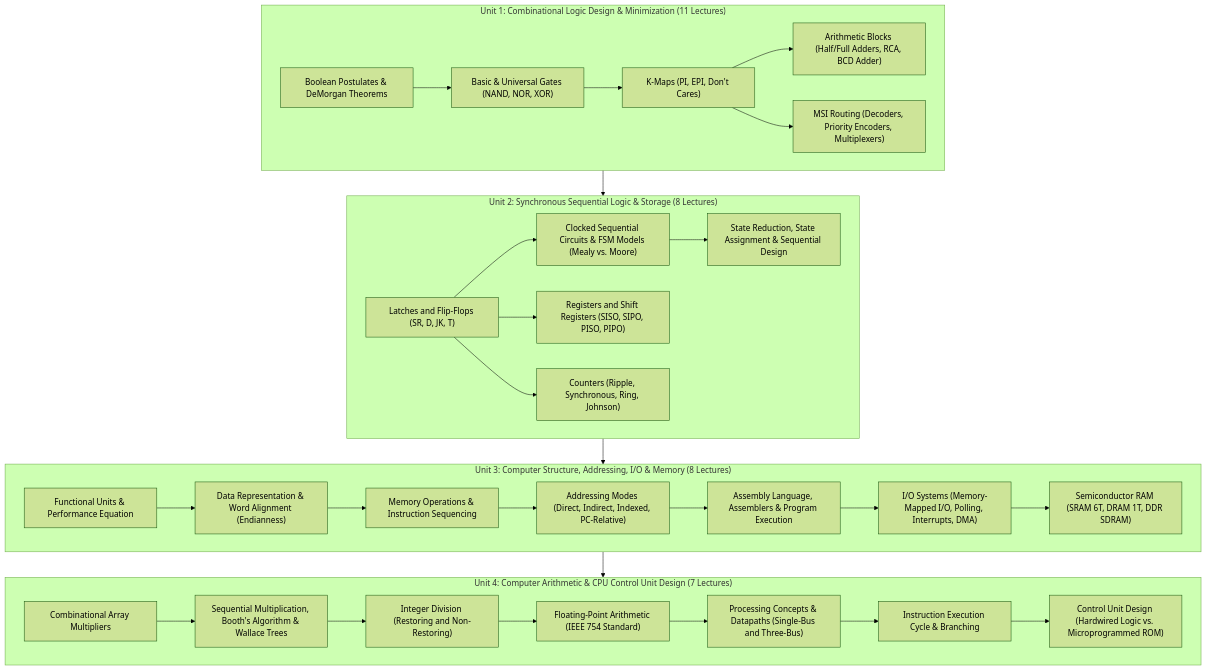
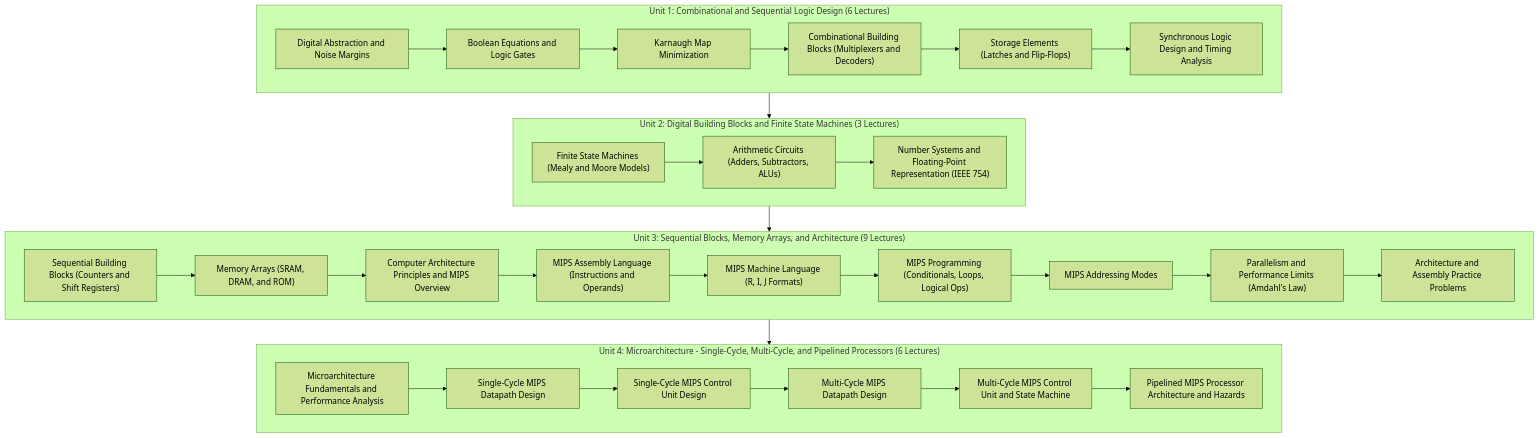
One commit to YatishGowda09/Sem-3-CSE-Notes changed the diagram in DLCD/INDEX.md. Above: the diagram before and after it, drawn with Mermaid (forest theme). The commit also changed other lines of this file and 64 other files, not shown here.

Commit message:
feat(dlcd): align DLCD curriculum strictly to UE25CS251A (SEM3-PESU) Harris & Harris MIPS architecture (24 lectures)

````diff
--- a/DLCD/INDEX.md
+++ b/DLCD/INDEX.md
@@ -18,45 +16,44 @@
 ```mermaid
 flowchart TD
-    subgraph U1["Unit 1: Combinational Logic Design & Minimization (11 Lectures)"]
-        GATES["Basic & Universal Gates (NAND, NOR, XOR)"]
-        BOOL["Boolean Postulates & DeMorgan Theorems"]
-        KMAP["K-Maps (PI, EPI, Don't Cares)"]
-        ARITH1["Arithmetic Blocks (Half/Full Adders, RCA, BCD Adder)"]
-        MSI1["MSI Routing (Decoders, Priority Encoders, Multiplexers)"]
-        BOOL --> GATES --> KMAP --> ARITH1 & MSI1
+    subgraph U1["Unit 1: Combinational and Sequential Logic Design (6 Lectures)"]
+        ABS["Digital Abstraction and Noise Margins"]
+        EQN["Boolean Equations and Logic Gates"]
+        KMAP["Karnaugh Map Minimization"]
+        MSI["Combinational Building Blocks (Multiplexers and Decoders)"]
+        LATCH["Storage Elements (Latches and Flip-Flops)"]
+        SYNC["Synchronous Logic Design and Timing Analysis"]
+        ABS --> EQN --> KMAP --> MSI --> LATCH --> SYNC
     end
 
-    subgraph U2["Unit 2: Synchronous Sequential Logic & Storage (8 Lectures)"]
-        LATCH["Latches and Flip-Flops (SR, D, JK, T)"]
-        FSM["Clocked Sequential Circuits & FSM Models (Mealy vs. Moore)"]
-        REDUCE["State Reduction, State Assignment & Sequential Design"]
-        REG["Registers and Shift Registers (SISO, SIPO, PISO, PIPO)"]
-        COUNT["Counters (Ripple, Synchronous, Ring, Johnson)"]
-        LATCH --> FSM --> REDUCE
-        LATCH --> REG & COUNT
+    subgraph U2["Unit 2: Digital Building Blocks and Finite State Machines (3 Lectures)"]
+        FSM["Finite State Machines (Mealy and Moore Models)"]
+        ARITH["Arithmetic Circuits (Adders, Subtractors, ALUs)"]
+        NUM["Number Systems and Floating-Point Representation (IEEE 754)"]
+        FSM --> ARITH --> NUM
     end
 
-    subgraph U3["Unit 3: Computer Structure, Addressing, I/O & Memory (8 Lectures)"]
-        VON["Functional Units & Performance Equation"]
-        DATA["Data Representation & Word Alignment (Endianness)"]
-        SEQ["Memory Operations & Instruction Sequencing"]
-        ADDR["Addressing Modes (Direct, Indirect, Indexed, PC-Relative)"]
-        ASM["Assembly Language, Assemblers & Program Execution"]
-        IO["I/O Systems (Memory-Mapped I/O, Polling, Interrupts, DMA)"]
-        RAM["Semiconductor RAM (SRAM 6T, DRAM 1T, DDR SDRAM)"]
-        VON --> DATA --> SEQ --> ADDR --> ASM --> IO --> RAM
+    subgraph U3["Unit 3: Sequential Blocks, Memory Arrays, and Architecture (9 Lectures)"]
+        SEQ["Sequential Building Blocks (Counters and Shift Registers)"]
+        MEM["Memory Arrays (SRAM, DRAM, and ROM)"]
+        ARCH["Computer Architecture Principles and MIPS Overview"]
+        ASM["MIPS Assembly Language (Instructions and Operands)"]
+        MACH["MIPS Machine Language (R, I, J Formats)"]
+        PROG["MIPS Programming (Conditionals, Loops, Logical Ops)"]
+        ADDR["MIPS Addressing Modes"]
+        PAR["Parallelism and Performance Limits (Amdahl's Law)"]
+        PRAC["Architecture and Assembly Practice Problems"]
+        SEQ --> MEM --> ARCH --> ASM --> MACH --> PROG --> ADDR --> PAR --> PRAC
     end
 
-    subgraph U4["Unit 4: Computer Arithmetic & CPU Control Unit Design (7 Lectures)"]
-        ARRAY["Combinational Array Multipliers"]
-        FAST_ARITH["Sequential Multiplication, Booth's Algorithm & Wallace Trees"]
-        DIV["Integer Division (Restoring and Non-Restoring)"]
-        FP["Floating-Point Arithmetic (IEEE 754 Standard)"]
-        DATAPATH["Processing Concepts & Datapaths (Single-Bus and Three-Bus)"]
-        EXEC["Instruction Execution Cycle & Branching"]
-        CTRL["Control Unit Design (Hardwired Logic vs. Microprogrammed ROM)"]
-        ARRAY --> FAST_ARITH --> DIV --> FP --> DATAPATH --> EXEC --> CTRL
+    subgraph U4["Unit 4: Microarchitecture - Single-Cycle, Multi-Cycle, and Pipelined Processors (6 Lectures)"]
+        PERF["Microarchitecture Fundamentals and Performance Analysis"]
+        SC_DP["Single-Cycle MIPS Datapath Design"]
+        SC_CTRL["Single-Cycle MIPS Control Unit Design"]
+        MC_DP["Multi-Cycle MIPS Datapath Design"]
+        MC_CTRL["Multi-Cycle MIPS Control Unit and State Machine"]
+        PIPE["Pipelined MIPS Processor Architecture and Hazards"]
+        PERF --> SC_DP --> SC_CTRL --> MC_DP --> MC_CTRL --> PIPE
     end
 
     U1 --> U2 --> U3 --> U4
 ```
````
